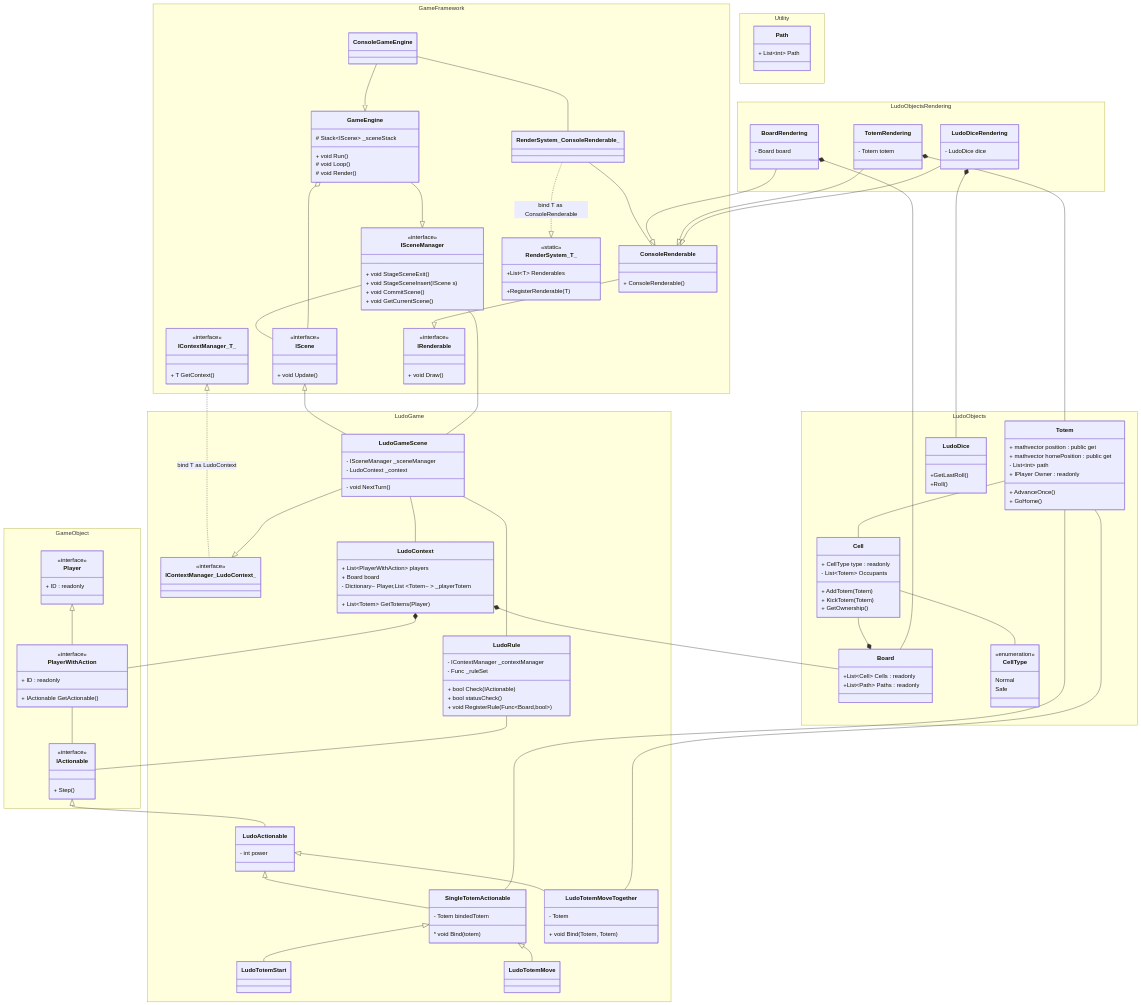
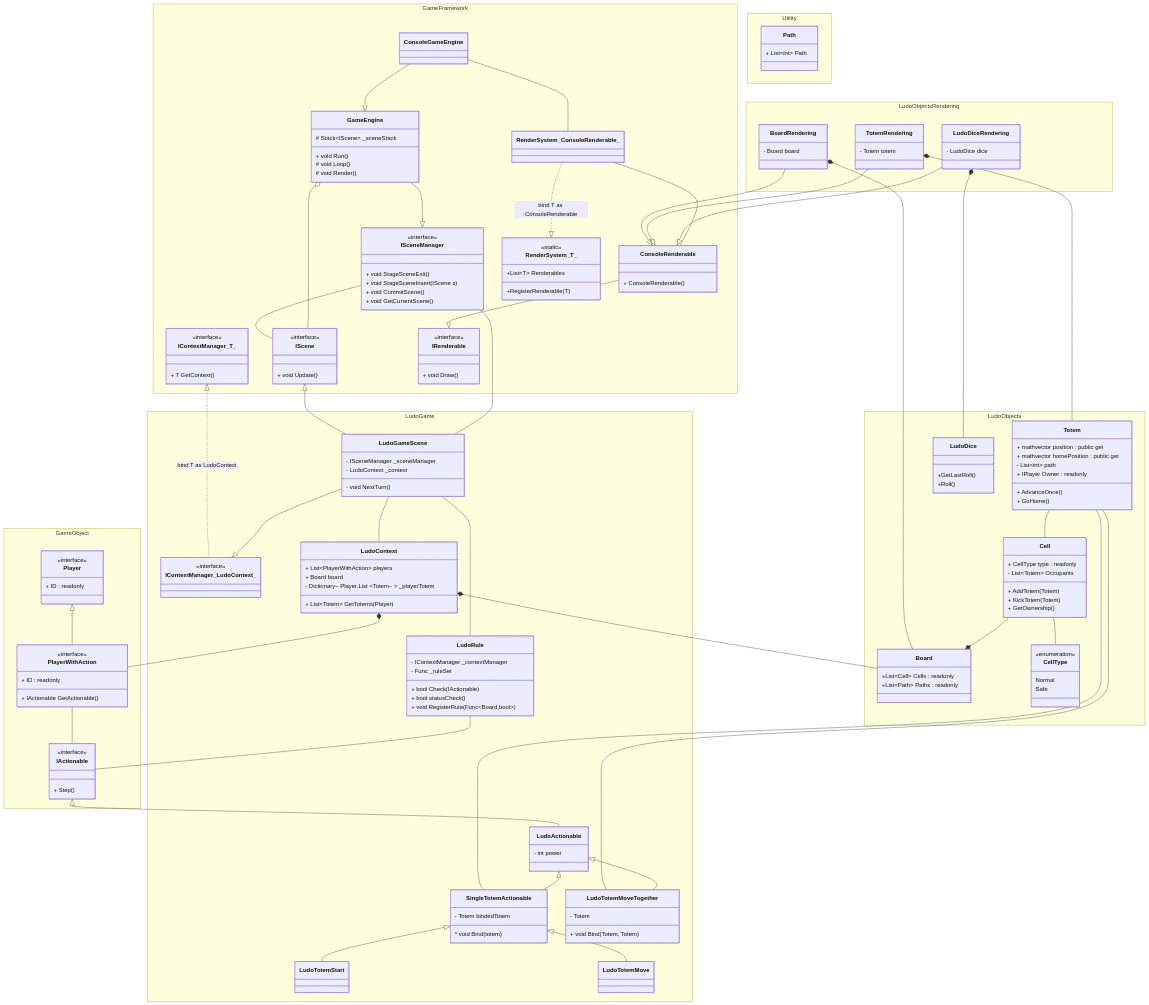
One commit to probabilitynokami/ClassDiagram changed the first of 2 diagrams in Ludo.md. Above: the diagram before and after it, drawn with Mermaid.

````diff
--- a/Ludo.md
+++ b/Ludo.md
@@ -49,15 +49,6 @@
         }
     }
 
-    ISceneManager -- IScene
-    GameEngine --|> ISceneManager
-    GameEngine o-- IScene
-    ConsoleRenderable --|> IRenderable
-    RenderSystem_ConsoleRenderable_ ..|> RenderSystem_T_ : bind T as ConsoleRenderable
-    RenderSystem_ConsoleRenderable_ -- ConsoleRenderable
-
-    ConsoleGameEngine --|> GameEngine
-    ConsoleGameEngine -- RenderSystem_ConsoleRenderable_
 
 
 
@@ -76,8 +67,6 @@
             + Step()
         }
     }
-    Player <|-- PlayerWithAction
-    PlayerWithAction -- IActionable
 
     namespace LudoGame{
         class IContextManager_LudoContext_{
@@ -122,19 +111,7 @@
 
 
     }
-    LudoGameScene -- ISceneManager
-    SingleTotemActionable <|-- LudoTotemStart
-    SingleTotemActionable <|-- LudoTotemMove
-    IActionable <|-- LudoActionable
-    LudoActionable <|-- SingleTotemActionable
-    LudoActionable <|-- LudoTotemMoveTogether
-    LudoRule -- IActionable
-    LudoGameScene -- LudoRule
 
-    IScene <|-- LudoGameScene
-    IContextManager_T_ <|.. IContextManager_LudoContext_ : bind T as LudoContext
-    LudoGameScene -- LudoContext
-    LudoGameScene --|> IContextManager_LudoContext_
 
     namespace Utility{
         class Path{
@@ -180,15 +157,6 @@
             +Roll()
         }
     }
-    Cell --* Board
-    Cell -- CellType
-    LudoContext *-- Board
-    LudoContext *-- PlayerWithAction 
-
-    Totem -- LudoTotemMoveTogether
-    Totem -- SingleTotemActionable
-
-    Totem -- Cell
 
     namespace LudoObjectsRendering{
         class TotemRendering{
@@ -208,4 +176,43 @@
     TotemRendering --|> ConsoleRenderable
     LudoDiceRendering --|> ConsoleRenderable
 
+
+    ISceneManager -- IScene
+    GameEngine --|> ISceneManager
+    GameEngine o-- IScene
+    ConsoleRenderable --|> IRenderable
+    RenderSystem_ConsoleRenderable_ ..|> RenderSystem_T_ : bind T as ConsoleRenderable
+    RenderSystem_ConsoleRenderable_ -- ConsoleRenderable
+
+    ConsoleGameEngine --|> GameEngine
+    ConsoleGameEngine -- RenderSystem_ConsoleRenderable_
+
+
+    Cell --* Board
+    Cell -- CellType
+    LudoContext *-- Board
+    LudoContext *-- PlayerWithAction 
+
+    Totem -- LudoTotemMoveTogether
+    Totem -- SingleTotemActionable
+
+    Totem -- Cell
+
+    IScene <|-- LudoGameScene
+    IContextManager_T_ <|.. IContextManager_LudoContext_ : bind T as LudoContext
+    LudoGameScene -- LudoContext
+    LudoGameScene --|> IContextManager_LudoContext_
+
+
+    LudoGameScene -- ISceneManager
+    SingleTotemActionable <|-- LudoTotemStart
+    SingleTotemActionable <|-- LudoTotemMove
+    IActionable <|-- LudoActionable
+    LudoActionable <|-- SingleTotemActionable
+    LudoActionable <|-- LudoTotemMoveTogether
+    LudoRule -- IActionable
+    LudoGameScene -- LudoRule
+
+    Player <|-- PlayerWithAction
+    PlayerWithAction -- IActionable
 ```
````
